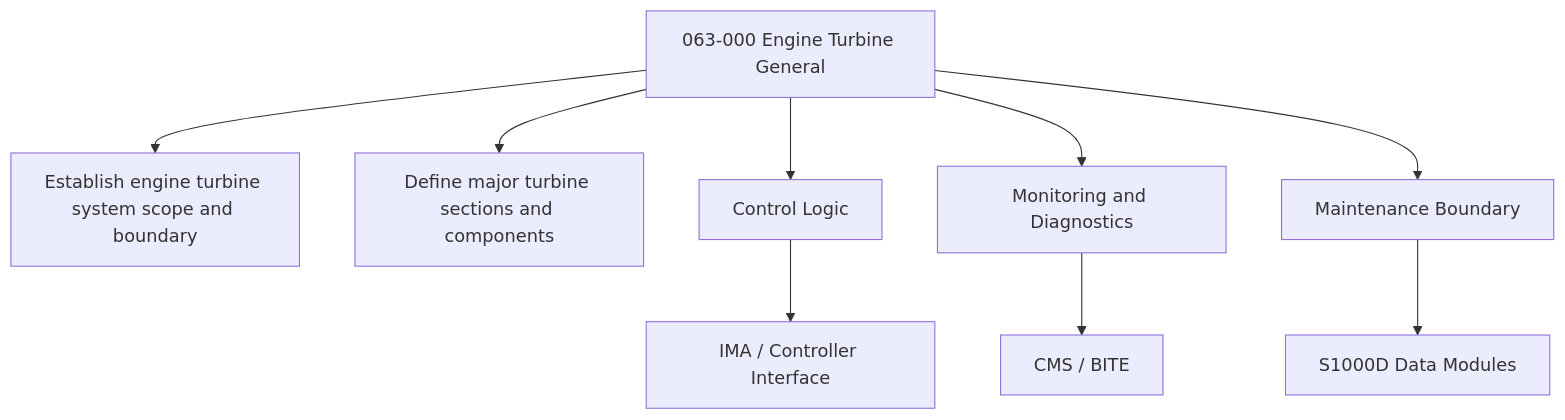
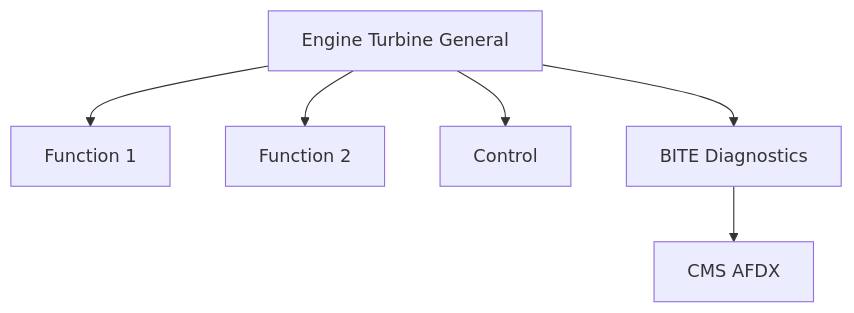
The second of 2 diagrams in Q+ATLANTIDE/000-099_ATLAS/060-069_Propulsion-Tradicional/063_Engine-Turbine/063-000-Engine-Turbine-General.md (AmedeoPelliccia/Qplus-For-All-Queer-People-and-Quantum), drawn with Mermaid before and after one commit. The commit also changed other lines of this file and 74 other files, not shown here.

````diff
--- a/Q+ATLANTIDE/000-099_ATLAS/060-069_Propulsion-Tradicional/063_Engine-Turbine/063-000-Engine-Turbine-General.md
+++ b/Q+ATLANTIDE/000-099_ATLAS/060-069_Propulsion-Tradicional/063_Engine-Turbine/063-000-Engine-Turbine-General.md
@@ -172,11 +105,8 @@
 ```mermaid
 flowchart TB
-    SYS[063-000 Engine Turbine General] --> F1[Establish engine turbine system scope and boundary]
-    SYS --> F2[Define major turbine sections and components]
-    SYS --> CTRL[Control Logic]
-    SYS --> MON[Monitoring and Diagnostics]
-    SYS --> MAINT[Maintenance Boundary]
-    CTRL --> IMA[IMA / Controller Interface]
-    MON --> CMS[CMS / BITE]
-    MAINT --> CSDB[S1000D Data Modules]
+    SYS[Engine Turbine General] --> F1[Function 1]
+    SYS --> F2[Function 2]
+    SYS --> CTRL[Control]
+    SYS --> MON[BITE Diagnostics]
+    MON --> CMS[CMS AFDX]
 ```
````
